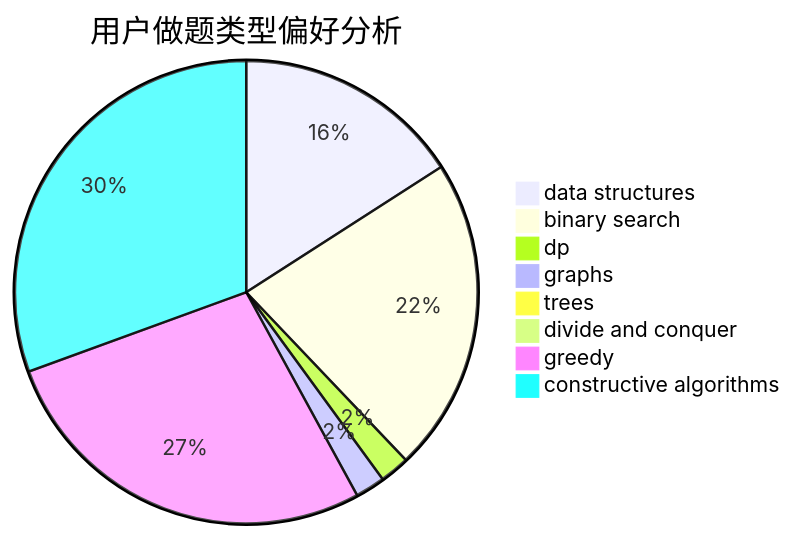
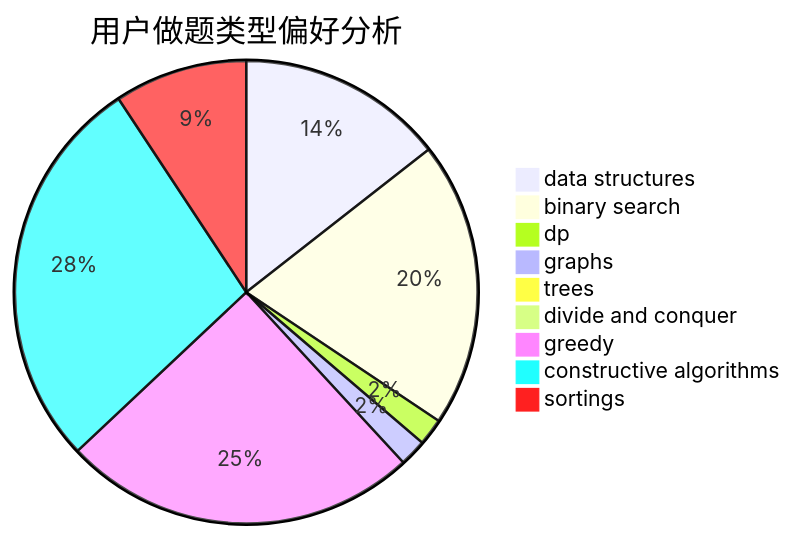
The second of 3 diagrams in docs/user/u970.md (sherpahu/cfrs.github.io), drawn with Mermaid before and after one commit. The commit also changed other lines of this file and 2769 other files, not shown here.

````diff
--- a/docs/user/u970.md
+++ b/docs/user/u970.md
@@ -23,11 +18,12 @@
 ```mermaid
 pie title 用户做题类型偏好分析
     "data structures" :  115
     "binary search" :  159
     "dp" :  15
     "graphs" :  15
     "trees" :  4
     "divide and conquer" :  0
     "greedy" :  198
     "constructive algorithms" :  221
+    "sortings" :  74
 ```
````
